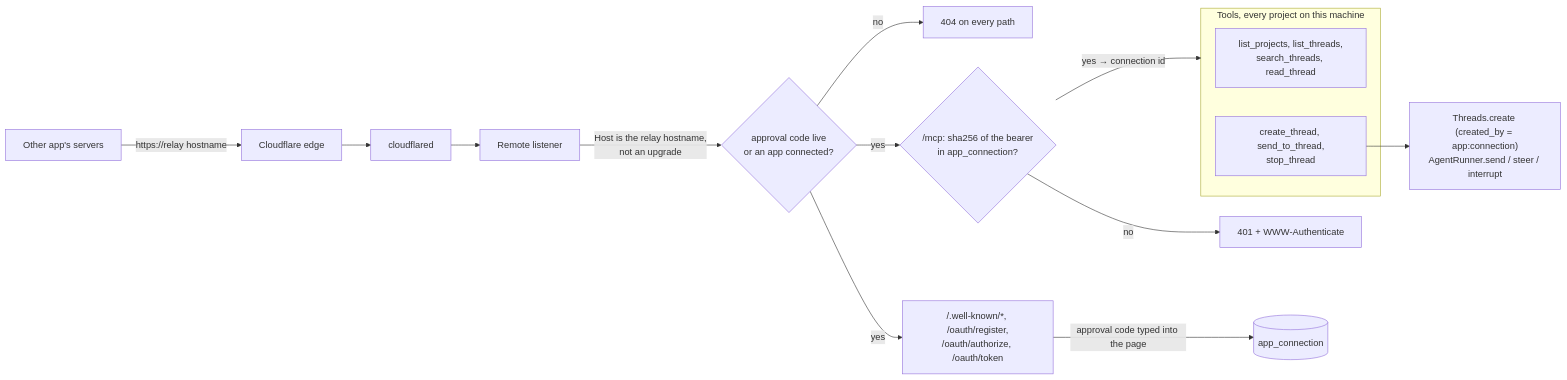
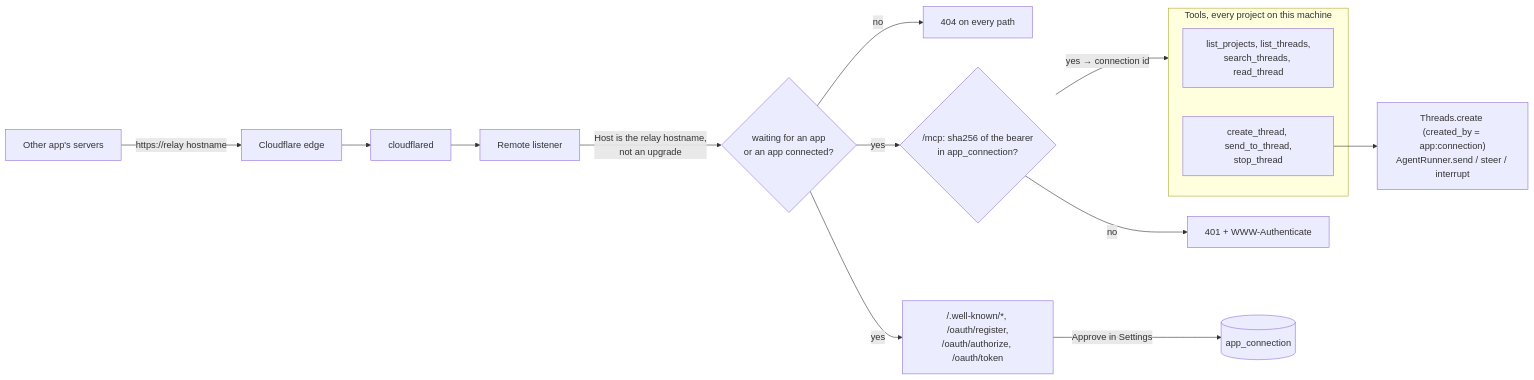
Before and after one commit to hinadev-ai/hinacode: diagram 17 of 20 in docs/arch.md, drawn with Mermaid. The commit also changed other lines of this file and 3 other files, not shown here.

````diff
--- a/docs/arch.md
+++ b/docs/arch.md
@@ -688,16 +688,16 @@
 ```mermaid
 flowchart LR
   app["Other app's servers"] -- "https://relay hostname" --> edge["Cloudflare edge"] --> cfd["cloudflared"] --> listener["Remote listener"]
-  listener -- "Host is the relay hostname,<br/>not an upgrade" --> gate{"approval code live<br/>or an app connected?"}
+  listener -- "Host is the relay hostname,<br/>not an upgrade" --> gate{"waiting for an app<br/>or an app connected?"}
   gate -- no --> hidden["404 on every path"]
   gate -- yes --> oauth["/.well-known/*, /oauth/register,<br/>/oauth/authorize, /oauth/token"]
   gate -- yes --> bearer{"/mcp: sha256 of the bearer<br/>in app_connection?"}
   bearer -- no --> deny["401 + WWW-Authenticate"]
   bearer -- "yes → connection id" --> tools
   subgraph tools["Tools, every project on this machine"]
     read["list_projects, list_threads,<br/>search_threads, read_thread"]
     write["create_thread, send_to_thread,<br/>stop_thread"]
   end
-  oauth -- "approval code typed into the page" --> connections[("app_connection")]
+  oauth -- "Approve in Settings" --> connections[("app_connection")]
   write --> threads["Threads.create (created_by = app:connection)<br/>AgentRunner.send / steer / interrupt"]
 ```
````
